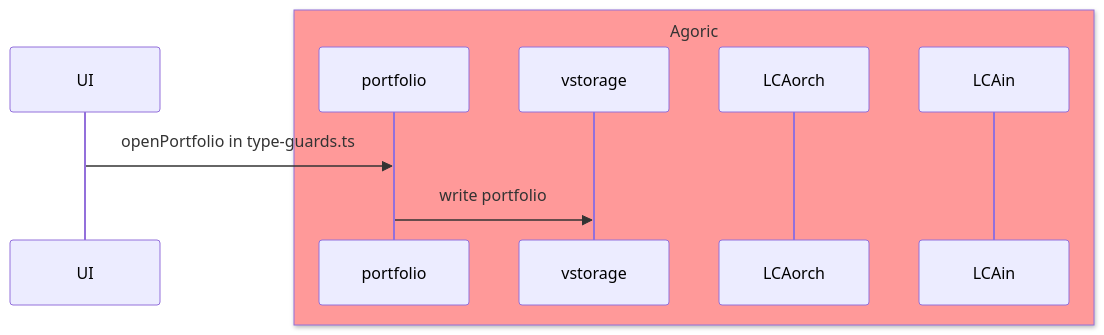
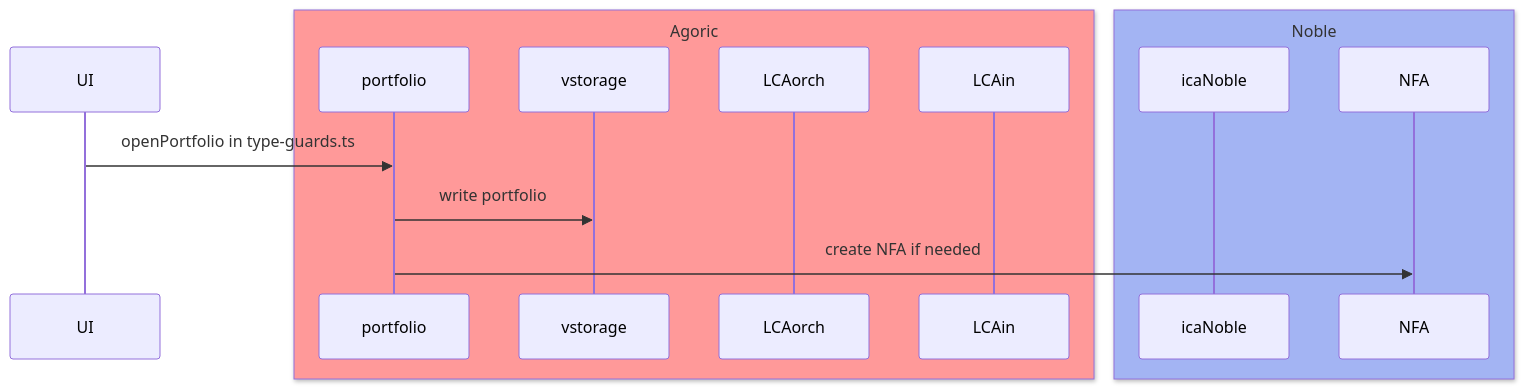
Before and after one commit to Agoric/agoric-sdk: the second of 9 diagrams in packages/portfolio-contract/DESIGN-BETA.md, drawn with Mermaid. The commit also changed other lines of this file, not shown here.

Commit message:
docs(portfolio-contract): incorporate single-flow and NFA into design

````diff
--- a/packages/portfolio-contract/DESIGN-BETA.md
+++ b/packages/portfolio-contract/DESIGN-BETA.md
@@ -37,13 +37,19 @@
 ```mermaid
 sequenceDiagram
   UI ->> portfolio: openPortfolio in type-guards.ts
 
   box rgb(255,153,153) Agoric
     participant portfolio
     participant vstorage
     participant LCAorch
     participant LCAin
   end
 
+  box rgb(163,180,243) Noble
+    participant icaN as icaNoble
+    participant NFA as NFA
+  end
+
   portfolio ->> vstorage: write portfolio
+  portfolio ->> NFA: create NFA if needed
 ```
````
